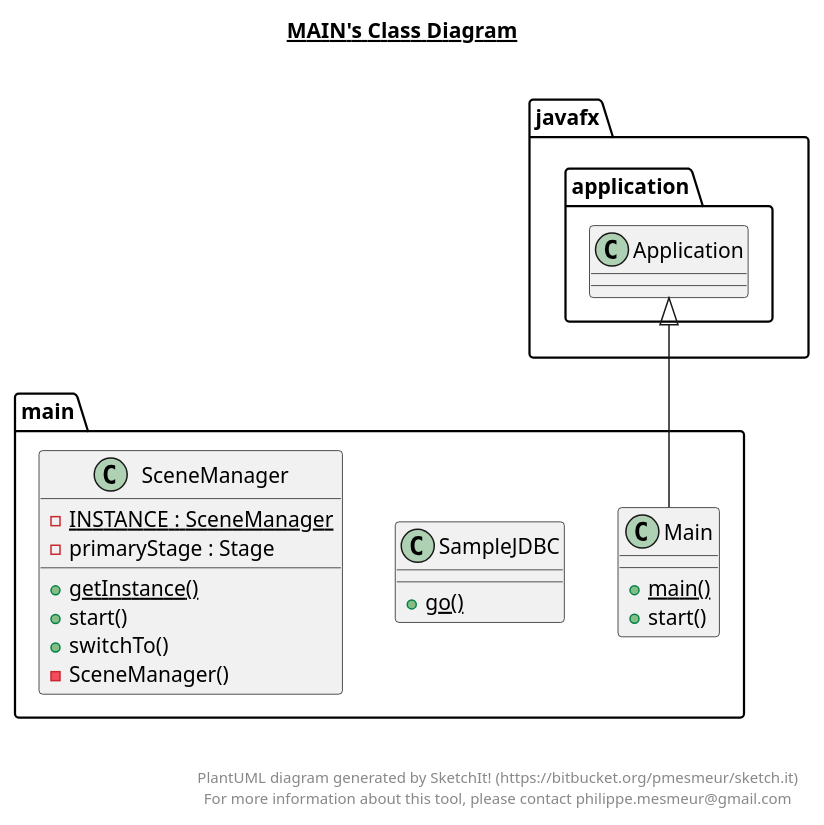
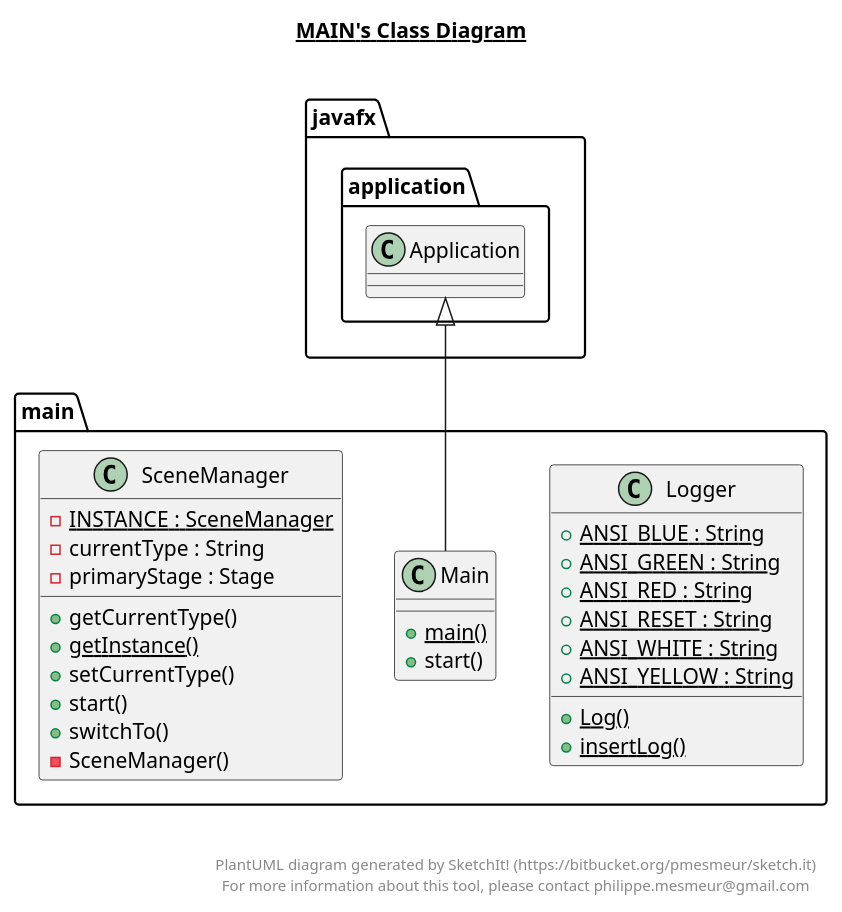
One commit to leprekon91/designPatternsFinal changed the diagram in src/main/main.plantuml. Above: the diagram before and after it, drawn with PlantUML. The commit also changed 60 other files, not shown here.

```diff
--- a/src/main/main.plantuml
+++ b/src/main/main.plantuml
@@ -1,42 +1,52 @@
 @startuml
 
 title __MAIN's Class Diagram__\n
+
+  namespace main {
+    class main.Logger {
+        {static} + ANSI_BLUE : String
+        {static} + ANSI_GREEN : String
+        {static} + ANSI_RED : String
+        {static} + ANSI_RESET : String
+        {static} + ANSI_WHITE : String
+        {static} + ANSI_YELLOW : String
+        {static} + Log()
+        {static} + insertLog()
+    }
+  }
+  
 
   namespace main {
     class main.Main {
         {static} + main()
         + start()
     }
   }
   
 
   namespace main {
-    class main.SampleJDBC {
-        {static} + go()
-    }
-  }
-  
-
-  namespace main {
     class main.SceneManager {
         {static} - INSTANCE : SceneManager
+        - currentType : String
         - primaryStage : Stage
+        + getCurrentType()
         {static} + getInstance()
+        + setCurrentType()
         + start()
         + switchTo()
         - SceneManager()
     }
   }
   
 
   main.Main -up-|> javafx.application.Application
 
 
 right footer
 
 
 PlantUML diagram generated by SketchIt! (https://bitbucket.org/pmesmeur/sketch.it)
 For more information about this tool, please contact philippe.mesmeur@gmail.com
 endfooter
 
 @enduml
```
